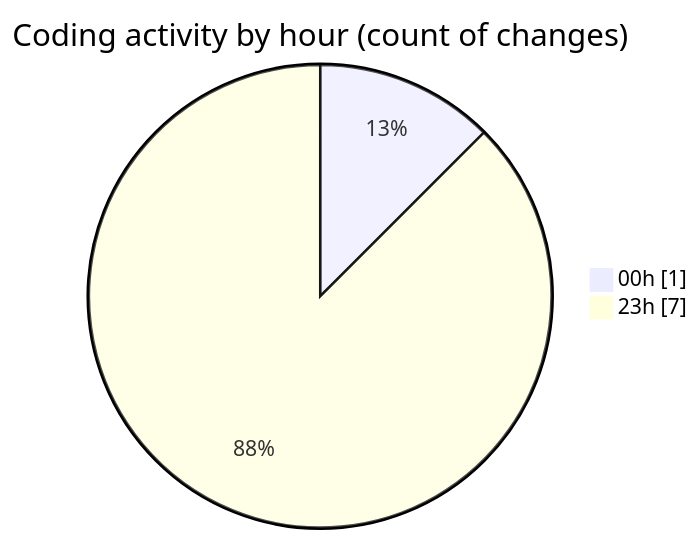
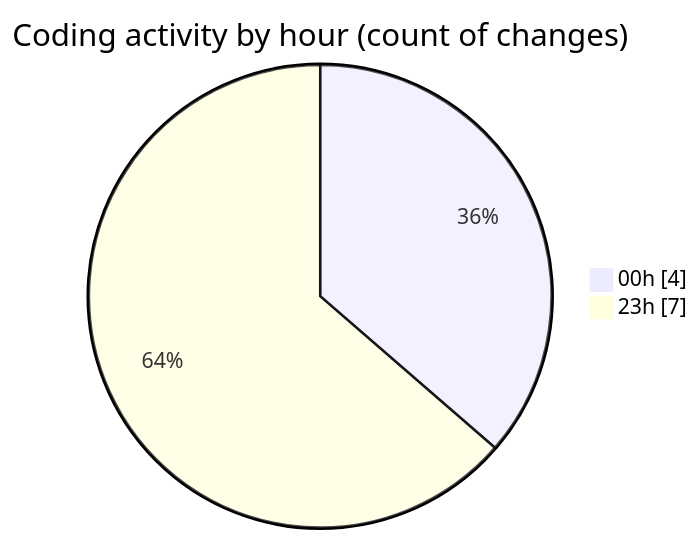
One commit to momahboobian/code-tracking changed the second of 2 diagrams in 2025-02-27/cda/README.md. Above: the diagram before and after it, drawn with Mermaid. The commit also changed other lines of this file and 1 other file, not shown here.

````diff
--- a/2025-02-27/cda/README.md
+++ b/2025-02-27/cda/README.md
@@ -34,6 +34,6 @@
 ```mermaid
 pie showData
 title Coding activity by hour (count of changes)
-"00h" : 1
+"00h" : 4
 "23h" : 7
 ```
````
